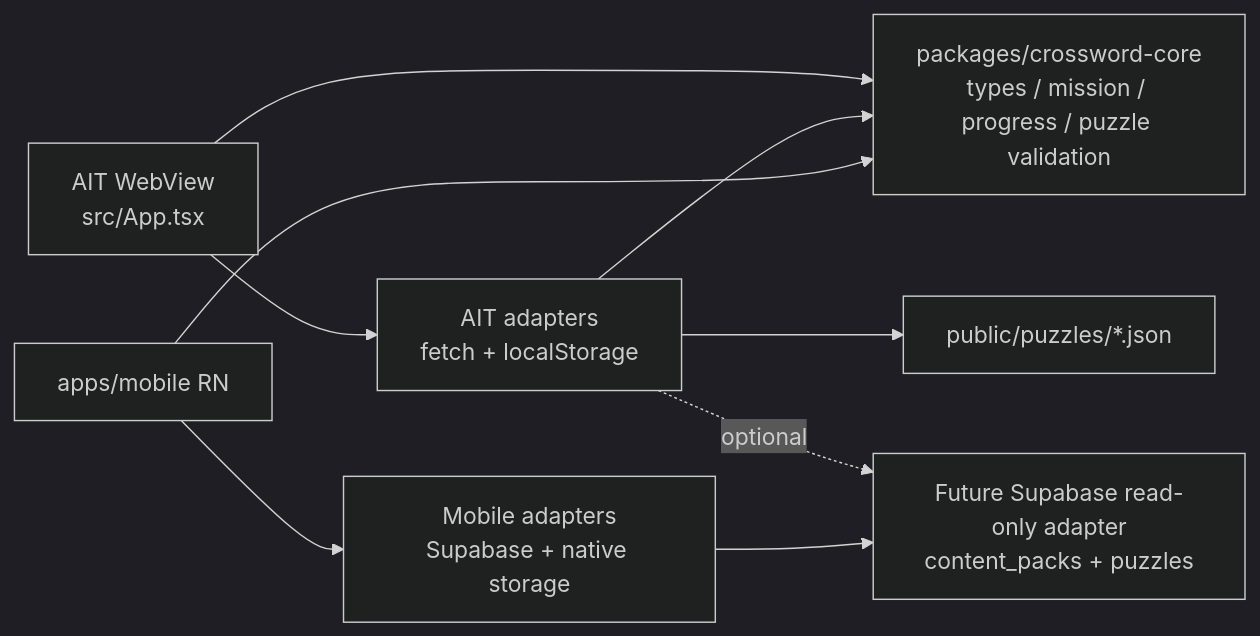
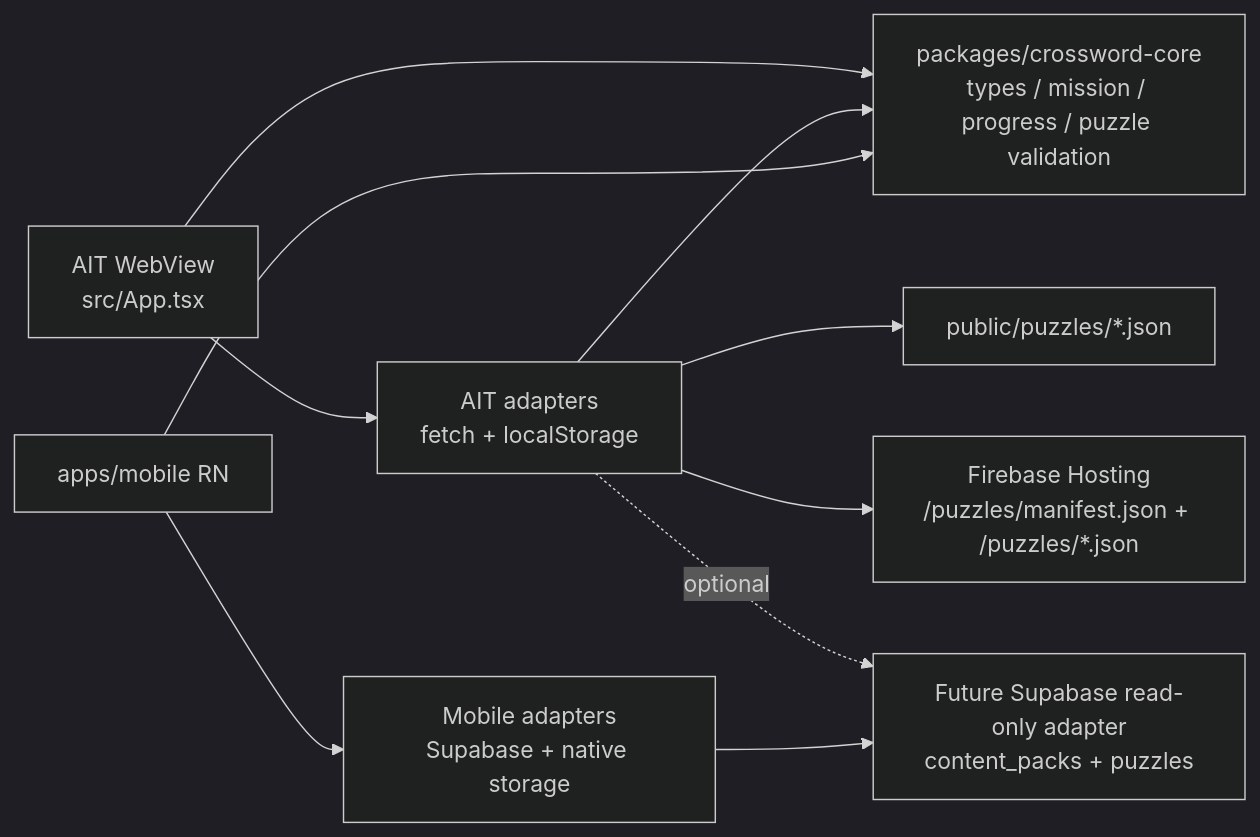
The second of 3 diagrams in docs/architecture.md (seorilabs/crossword-puzzle), drawn with Mermaid (dark theme) before and after one commit. The commit also changed other lines of this file and 33 other files, not shown here.

````diff
--- a/docs/architecture.md
+++ b/docs/architecture.md
@@ -35,18 +39,20 @@
 ```mermaid
 flowchart LR
   Core["packages/crossword-core<br/>types / mission / progress / puzzle validation"]
   AIT["AIT WebView<br/>src/App.tsx"]
   AITAdapters["AIT adapters<br/>fetch + localStorage"]
+  FirebaseHosting["Firebase Hosting<br/>/puzzles/manifest.json + /puzzles/*.json"]
   SupabaseRead["Future Supabase read-only adapter<br/>content_packs + puzzles"]
   Mobile["apps/mobile RN"]
   MobileAdapters["Mobile adapters<br/>Supabase + native storage"]
 
   AIT --> Core
   AIT --> AITAdapters
   AITAdapters --> Core
   AITAdapters --> Static["public/puzzles/*.json"]
+  AITAdapters --> FirebaseHosting
   AITAdapters -. optional .-> SupabaseRead
   Mobile --> Core
   Mobile --> MobileAdapters
   MobileAdapters --> SupabaseRead
 ```
````
